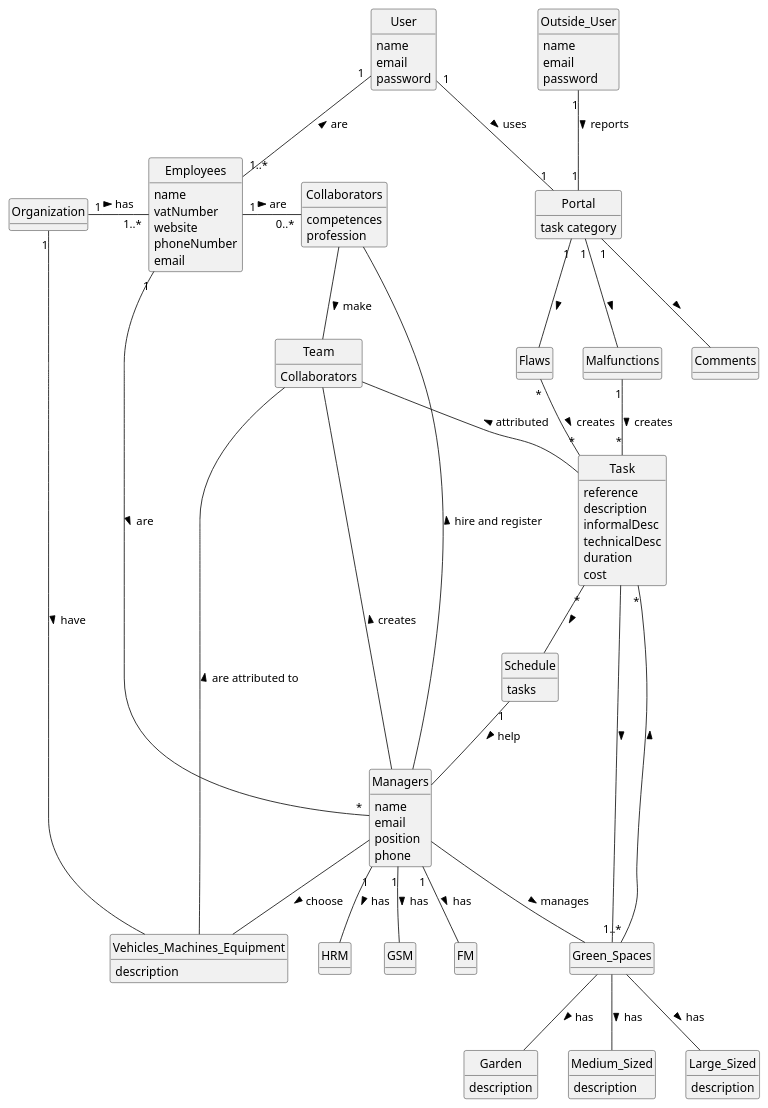
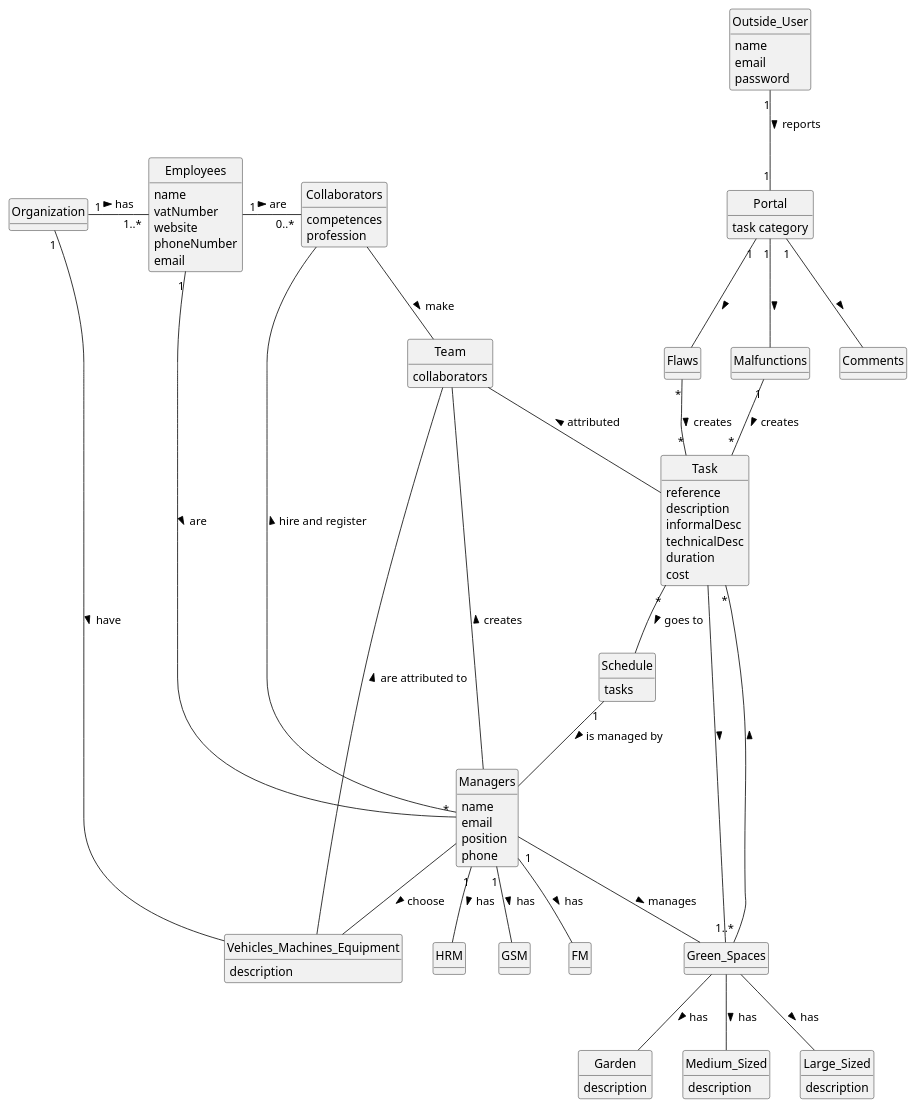
One commit to Departamento-de-Engenharia-Informatica/lei-24-s2-1df-1de-g063 changed the diagram in docs/sprintA/global-artifacts/02.analysis/puml/project-domain-model.puml. Above: the diagram before and after it, drawn with PlantUML. The commit also changed 5 other files, not shown here.

```diff
--- a/docs/sprintA/global-artifacts/02.analysis/puml/project-domain-model.puml
+++ b/docs/sprintA/global-artifacts/02.analysis/puml/project-domain-model.puml
@@ -1,117 +1,109 @@
     @startuml
 skinparam monochrome true
 skinparam packageStyle rectangle
 skinparam shadowing false
 'skinparam linetype ortho
 'left to right direction
 skinparam classAttributeIconSize 0
 hide circle
 hide methods
 class Outside_User{
     name
     email
     password
 }
 class Portal{
     task category
 }
 class Malfunctions{}
 class Flaws{}
 class Comments{}
 class Schedule{
     tasks
 }
 class Garden{
     description
 }
 class Medium_Sized{
     description
 }
 class Large_Sized{
     description
 }
 class Vehicles_Machines_Equipment{
     description
 }
 class FM{
 }
 class HRM{
 }
 class GSM{
 }
 class Green_Spaces{
 
 }
 class Team{
-    Collaborators
+    collaborators
 }
 
 class Collaborators{
     competences
     profession
 }
 class Employees {
     name
     vatNumber
     website
     phoneNumber
     email
 }
 
 class Task {
     reference
     description
     informalDesc
     technicalDesc
     duration
     cost
 }
 class Managers {
     name
     email
     position
     phone
 }
-class User {
-    name
-    email
-    password
-}
 class Organization{
 
 }
 'Platform "1" -- "*" Organization : has registered >
 'Platform "1" -- "*" Category : defines >
 Organization "1" - "1..*" Employees : has >
 Employees "1" - "0..*" Collaborators: are >
 'Task "*" -- "1" Employees: created by >
 Employees "1" -- "*" Managers : are >
-'Employees "0..1" -- "1" User: acts as >
 Collaborators -- Team : make >
 Team -- Task : attributed <
 Task -- Green_Spaces:  >
 Managers "1" -- GSM: has >
 Managers "1" -- HRM: has >
 Managers "1" -- FM: has >
 Managers -- Team: creates >
 Managers -- Green_Spaces: manages >
 Green_Spaces -- Garden: has >
 Green_Spaces -- Medium_Sized: has >
 Green_Spaces -- Large_Sized: has >
 Vehicles_Machines_Equipment -- Team: are attributed to >
 Managers -- Collaborators: hire and register >
 Organization "1"-- Vehicles_Machines_Equipment: have >
 Managers -- Vehicles_Machines_Equipment: choose >
 Malfunctions "1"-- "*"Task:creates >
 Flaws "*" -- "*" Task : creates >
 Green_Spaces "1..*" -- "*"Task:>
-Task "*" -- Schedule :>
-Schedule "1" -- Managers: help >
-User "1" -- "1" Portal: uses >
-User "1"-- "1..*"Employees: are <
+Task "*" -- Schedule : goes to >
+Schedule "1" -- Managers: is managed by >
 Outside_User "1" -- "1" Portal : reports >
 Portal "1" -- Malfunctions:>
 Portal "1" -- Flaws:>
 Portal "1" -- Comments:>
 
 @enduml
```
